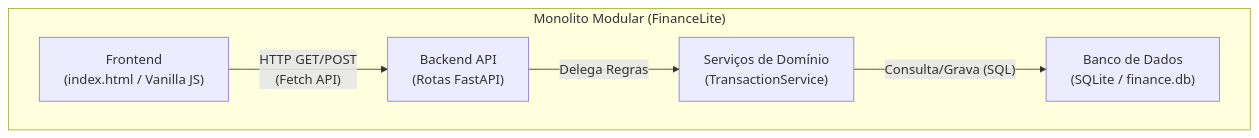
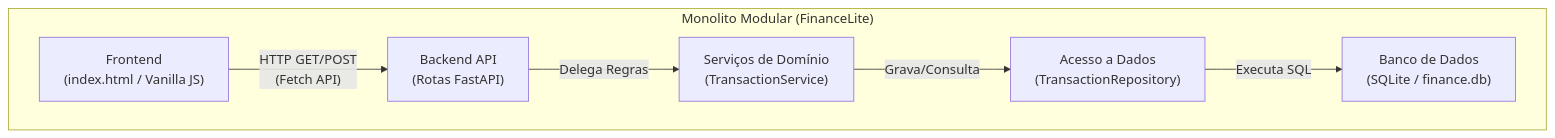
Before and after one commit to Capovillaa/Trabalho_final_Padroes_arquitetura_software: the first of 3 diagrams in diagramas.md, drawn with Mermaid. The commit also changed other lines of this file and 17 other files, not shown here.

````diff
--- a/diagramas.md
+++ b/diagramas.md
@@ -7,12 +7,14 @@
 ```mermaid
 graph TD
     subgraph "Monolito Modular (FinanceLite)"
         UI["Frontend\n(index.html / Vanilla JS)"]
         API["Backend API\n(Rotas FastAPI)"]
         Services["Serviços de Domínio\n(TransactionService)"]
+        Repo["Acesso a Dados\n(TransactionRepository)"]
         DB["Banco de Dados\n(SQLite / finance.db)"]
     end
     UI -- "HTTP GET/POST\n(Fetch API)" --> API
     API -- "Delega Regras" --> Services
-    Services -- "Consulta/Grava (SQL)" --> DB
+    Services -- "Grava/Consulta" --> Repo
+    Repo -- "Executa SQL" --> DB
 ```
````
